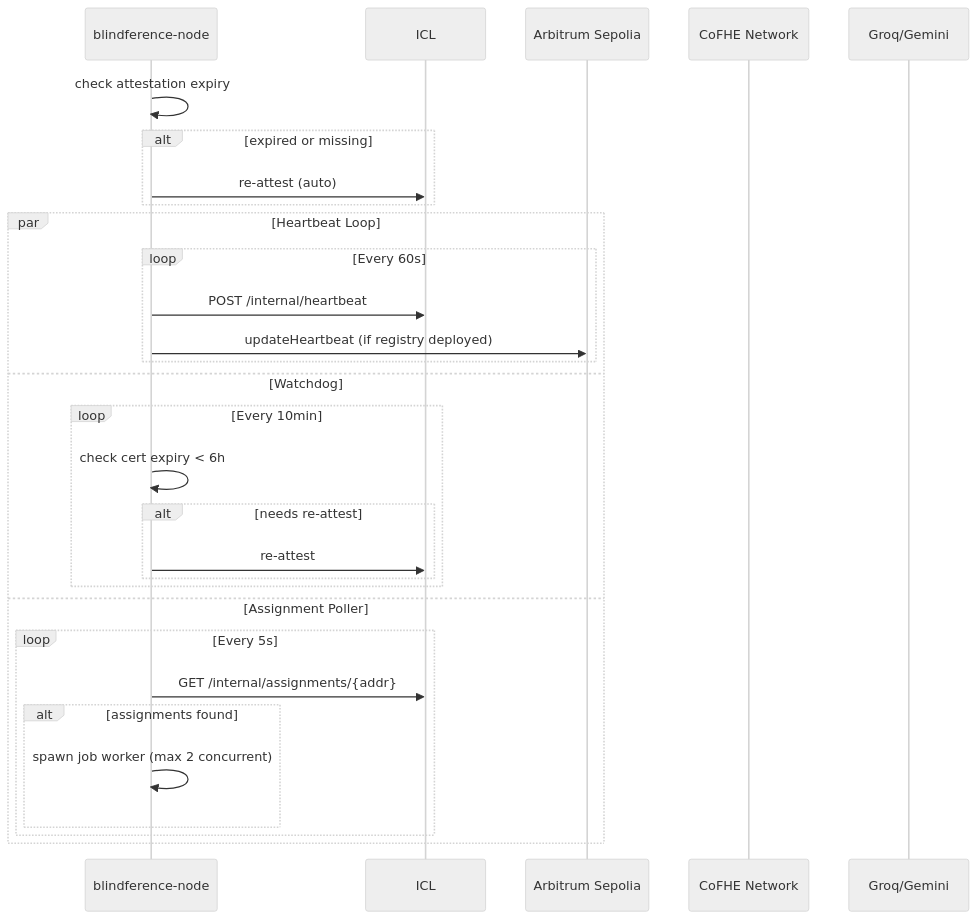
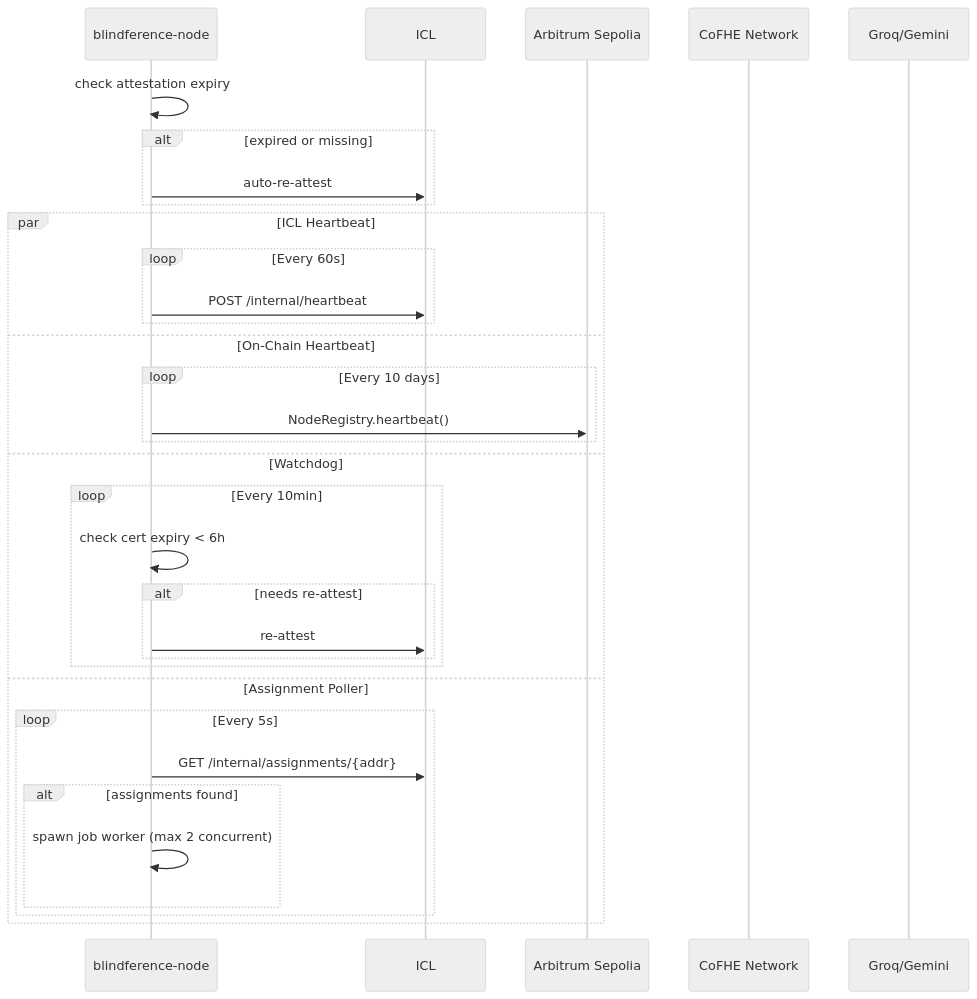
One commit to AbhishekPanwarr/Blindference-node changed the fourth of 5 diagrams in README.md. Above: the diagram before and after it, drawn with Mermaid (neutral theme). The commit also changed other lines of this file, not shown here.

````diff
--- a/README.md
+++ b/README.md
@@ -200,34 +291,37 @@
 ```mermaid
 sequenceDiagram
     participant Node as blindference-node
     participant ICL
     participant Chain as Arbitrum Sepolia
     participant COFHE as CoFHE Network
     participant LLM as Groq/Gemini
     
     Node->>Node: check attestation expiry
     alt expired or missing
-        Node->>ICL: re-attest (auto)
+        Node->>ICL: auto-re-attest
     end
     
-    par Heartbeat Loop
+    par ICL Heartbeat
         loop Every 60s
             Node->>ICL: POST /internal/heartbeat
-            Node->>Chain: updateHeartbeat (if registry deployed)
+        end
+    and On-Chain Heartbeat
+        loop Every 10 days
+            Node->>Chain: NodeRegistry.heartbeat()
         end
     and Watchdog
         loop Every 10min
             Node->>Node: check cert expiry < 6h
             alt needs re-attest
                 Node->>ICL: re-attest
             end
         end
     and Assignment Poller
         loop Every 5s
             Node->>ICL: GET /internal/assignments/{addr}
             alt assignments found
                 Node->>Node: spawn job worker (max 2 concurrent)
             end
         end
     end
 ```
````
